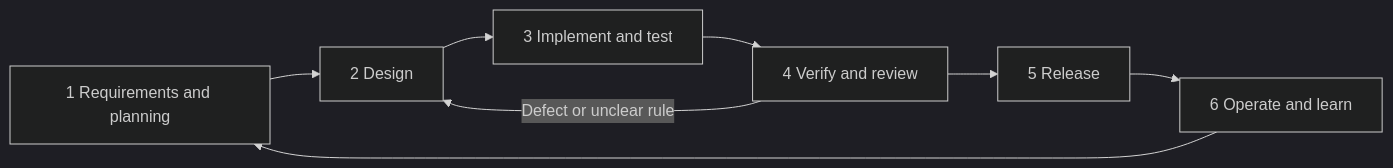
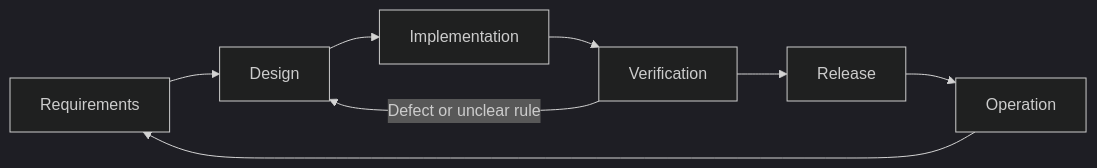
Before and after one commit to pattarapolj/carpool-gaming: the diagram in docs/README.md, drawn with Mermaid (dark theme). The commit also changed other lines of this file and 8 other files, not shown here.

````diff
--- a/docs/README.md
+++ b/docs/README.md
@@ -18,10 +16,10 @@
 ```mermaid
 flowchart LR
-    R[1 Requirements and planning] --> D[2 Design]
-    D --> I[3 Implement and test]
-    I --> V[4 Verify and review]
-    V --> S[5 Release]
-    S --> O[6 Operate and learn]
+    R[Requirements] --> D[Design]
+    D --> I[Implementation]
+    I --> V[Verification]
+    V --> S[Release]
+    S --> O[Operation]
     O --> R
     V -->|Defect or unclear rule| D
 ```
````
